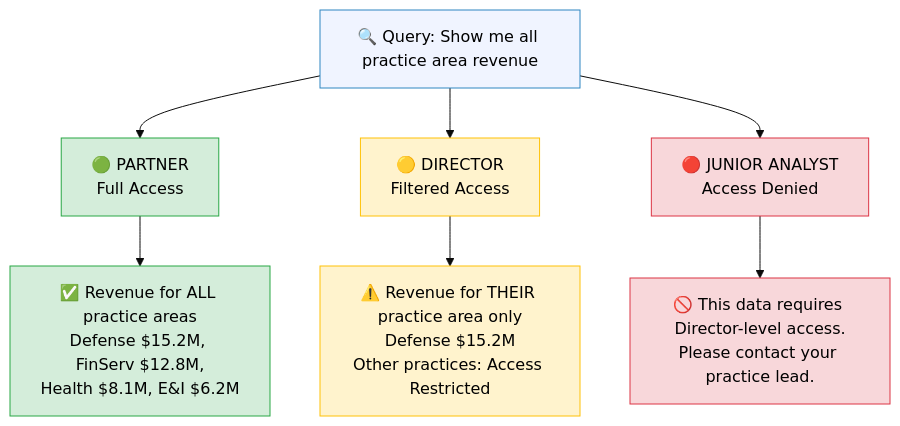
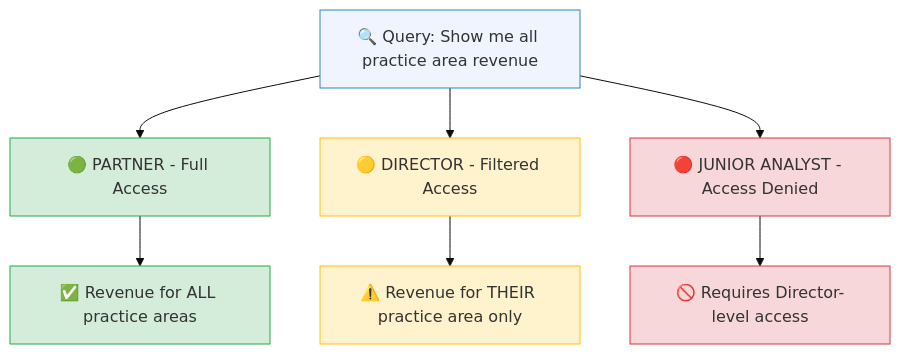
The second of 3 diagrams in docs/10-governance.md (ithinktavo/GenAI-Engineering-Handbook), drawn with Mermaid (base theme) before and after one commit. The commit also changed other lines of this file and 9 other files, not shown here.

First line of the commit message:
Fix Mermaid rendering: remove emoji from subgraph titles and unsupported syntax

````diff
--- a/docs/10-governance.md
+++ b/docs/10-governance.md
@@ -114,20 +114,20 @@
 ```mermaid
 graph TD
     Q["🔍 Query: Show me all practice area revenue"]
 
-    Q --> P["🟢 PARTNER\nFull Access"]
-    Q --> D["🟡 DIRECTOR\nFiltered Access"]
-    Q --> A["🔴 JUNIOR ANALYST\nAccess Denied"]
+    Q --> P["🟢 PARTNER - Full Access"]
+    Q --> D["🟡 DIRECTOR - Filtered Access"]
+    Q --> A["🔴 JUNIOR ANALYST - Access Denied"]
 
-    P --> PR["✅ Revenue for ALL practice areas\nDefense $15.2M, FinServ $12.8M,\nHealth $8.1M, E&I $6.2M"]
-    D --> DR["⚠️ Revenue for THEIR practice area only\nDefense $15.2M\nOther practices: Access Restricted"]
-    A --> AR["🚫 This data requires Director-level access.\nPlease contact your practice lead."]
+    P --> PR["✅ Revenue for ALL practice areas"]
+    D --> DR["⚠️ Revenue for THEIR practice area only"]
+    A --> AR["🚫 Requires Director-level access"]
 
-    style Q fill:#f0f4ff,stroke:#2E86C1,color:#000
-    style P fill:#d4edda,stroke:#28a745,color:#000
-    style D fill:#fff3cd,stroke:#ffc107,color:#000
-    style A fill:#f8d7da,stroke:#dc3545,color:#000
-    style PR fill:#d4edda,stroke:#28a745,color:#000
-    style DR fill:#fff3cd,stroke:#ffc107,color:#000
-    style AR fill:#f8d7da,stroke:#dc3545,color:#000
+    style Q fill:#f0f4ff,stroke:#2E86C1
+    style P fill:#d4edda,stroke:#28a745
+    style D fill:#fff3cd,stroke:#ffc107
+    style A fill:#f8d7da,stroke:#dc3545
+    style PR fill:#d4edda,stroke:#28a745
+    style DR fill:#fff3cd,stroke:#ffc107
+    style AR fill:#f8d7da,stroke:#dc3545
 ```
````
